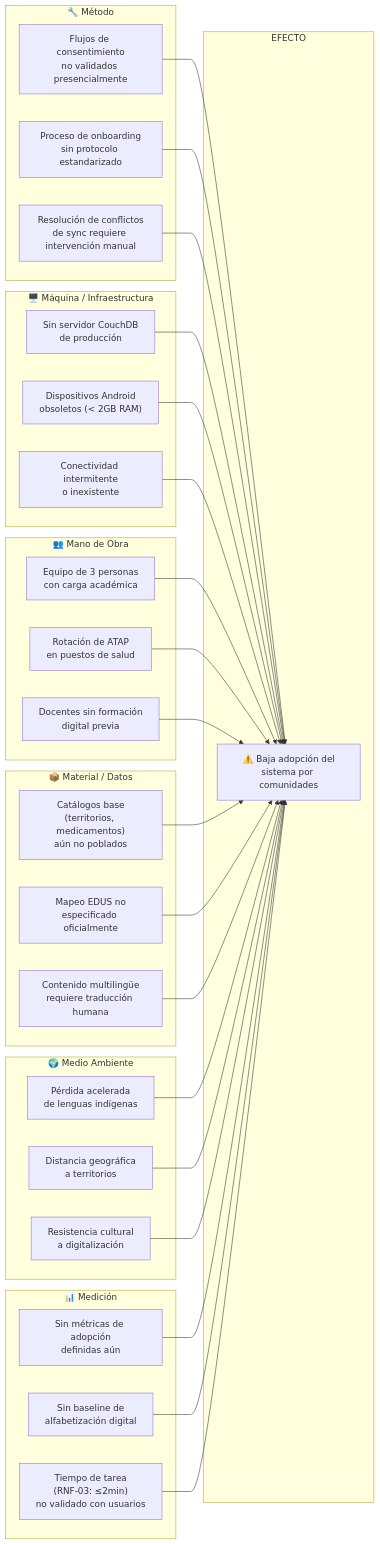
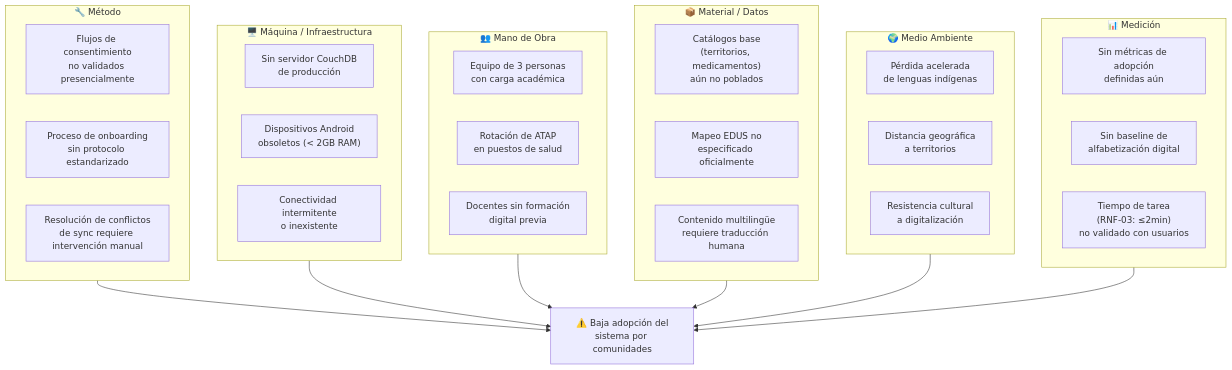
One commit to yonrasgg/RAICES_VIVAS changed diagram 12 of 13 in 06-Entregables/Avance-2/Raíces Vivas — Avance 2 Diseño y Arquitectura.md. Above: the diagram before and after it, drawn with Mermaid. The commit also changed 12 other files, not shown here.

````diff
--- a/06-Entregables/Avance-2/Raíces Vivas — Avance 2 Diseño y Arquitectura.md
+++ b/06-Entregables/Avance-2/Raíces Vivas — Avance 2 Diseño y Arquitectura.md
@@ -1818,61 +1818,45 @@
 ```mermaid
-flowchart LR
-    subgraph EFECTO
-        E["⚠️ Baja adopción del<br/>sistema por comunidades"]
-    end
-
+flowchart TB
     subgraph METODO["🔧 Método"]
         M1["Flujos de consentimiento<br/>no validados presencialmente"]
         M2["Proceso de onboarding<br/>sin protocolo estandarizado"]
         M3["Resolución de conflictos<br/>de sync requiere intervención manual"]
     end
 
     subgraph MAQUINA["🖥️ Máquina / Infraestructura"]
         MA1["Sin servidor CouchDB<br/>de producción"]
         MA2["Dispositivos Android<br/>obsoletos (< 2GB RAM)"]
         MA3["Conectividad intermitente<br/>o inexistente"]
     end
 
     subgraph MANO["👥 Mano de Obra"]
         MO1["Equipo de 3 personas<br/>con carga académica"]
         MO2["Rotación de ATAP<br/>en puestos de salud"]
         MO3["Docentes sin formación<br/>digital previa"]
     end
 
     subgraph MATERIAL["📦 Material / Datos"]
         MT1["Catálogos base<br/>(territorios, medicamentos)<br/>aún no poblados"]
         MT2["Mapeo EDUS no<br/>especificado oficialmente"]
         MT3["Contenido multilingüe<br/>requiere traducción humana"]
     end
 
     subgraph MEDIO["🌍 Medio Ambiente"]
         MD1["Pérdida acelerada<br/>de lenguas indígenas"]
         MD2["Distancia geográfica<br/>a territorios"]
         MD3["Resistencia cultural<br/>a digitalización"]
     end
 
     subgraph MEDICION["📊 Medición"]
         ME1["Sin métricas de adopción<br/>definidas aún"]
         ME2["Sin baseline de<br/>alfabetización digital"]
         ME3["Tiempo de tarea<br/>(RNF-03: ≤2min)<br/>no validado con usuarios"]
     end
 
-    M1 --> E
-    M2 --> E
-    M3 --> E
-    MA1 --> E
-    MA2 --> E
-    MA3 --> E
-    MO1 --> E
-    MO2 --> E
-    MO3 --> E
-    MT1 --> E
-    MT2 --> E
-    MT3 --> E
-    MD1 --> E
-    MD2 --> E
-    MD3 --> E
-    ME1 --> E
-    ME2 --> E
-    ME3 --> E
+    METODO --> E["⚠️ Baja adopción del<br/>sistema por comunidades"]
+    MAQUINA --> E
+    MANO --> E
+    MATERIAL --> E
+    MEDIO --> E
+    MEDICION --> E
 ```
````
